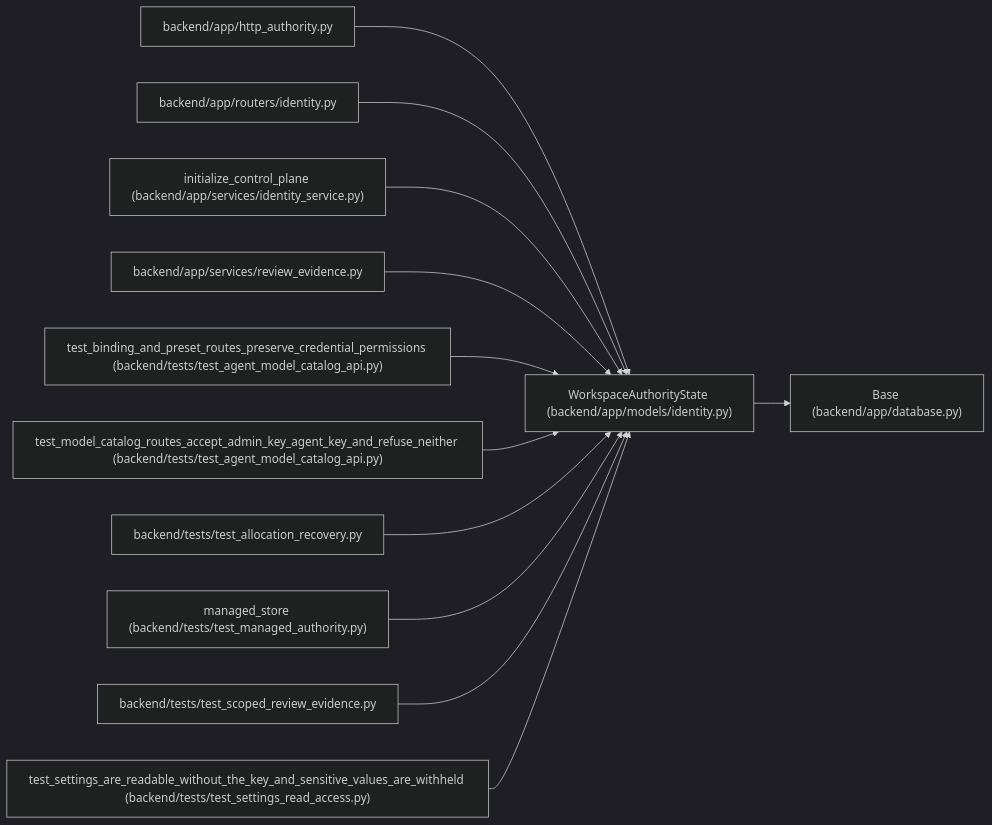
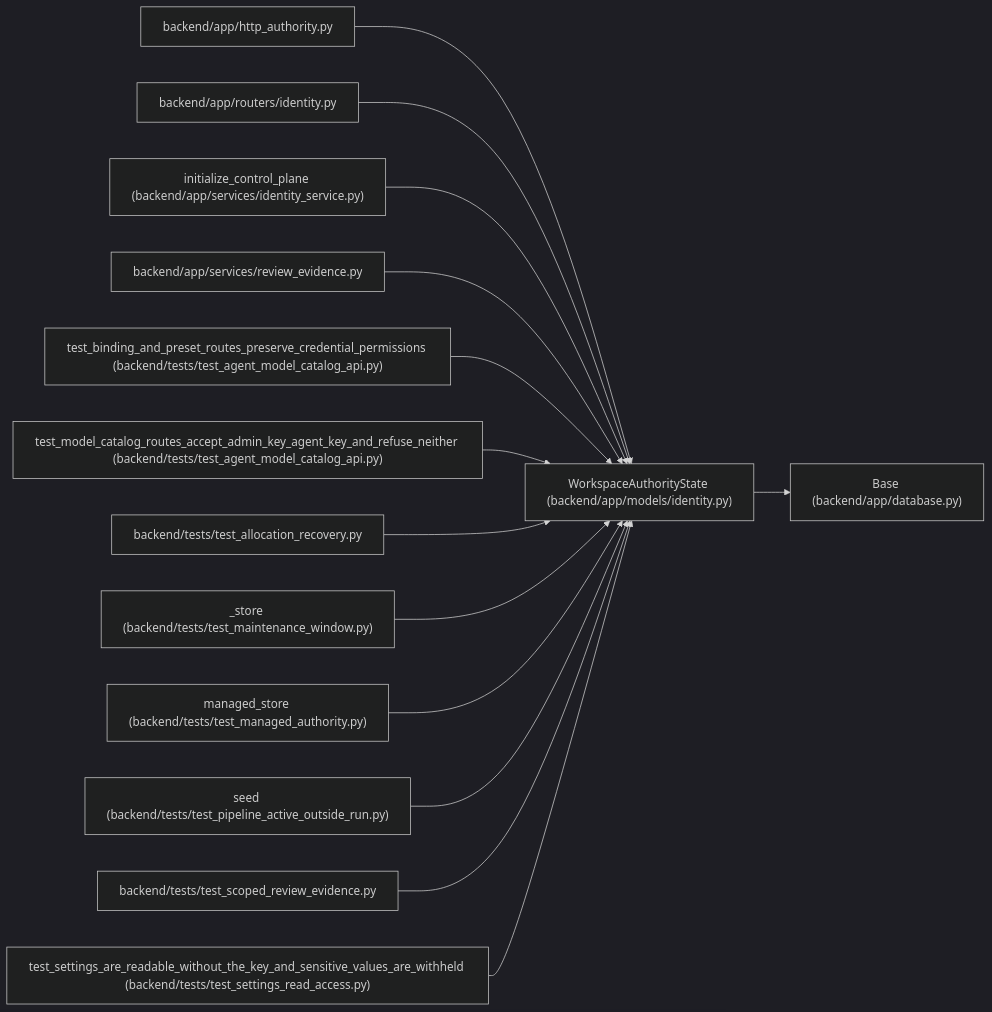
One commit to Denissvgn/WorkChord changed the diagram in docs/llm_wiki/entities/WorkspaceAuthorityState.md. Above: the diagram before and after it, drawn with Mermaid (dark theme). The commit also changed other lines of this file and 1817 other files, not shown here.

First line of the commit message:
Refresh the architectural wiki for the 1.9.0 changes

````diff
--- a/docs/llm_wiki/entities/WorkspaceAuthorityState.md
+++ b/docs/llm_wiki/entities/WorkspaceAuthorityState.md
@@ -27,38 +27,44 @@
 ```mermaid
 flowchart LR
     n0["WorkspaceAuthorityState (backend/app/models/identity.py)"]
     n1["Base (backend/app/database.py)"]
     n2["backend/app/http_authority.py"]
     n3["backend/app/routers/identity.py"]
     n4["initialize_control_plane (backend/app/services/identity_service.py)"]
     n5["backend/app/services/review_evidence.py"]
     n6["test_binding_and_preset_routes_preserve_credential_permissions (backend/tests/test_agent_model_catalog_api.py)"]
     n7["test_model_catalog_routes_accept_admin_key_agent_key_and_refuse_neither (backend/tests/test_agent_model_catalog_api.py)"]
     n8["backend/tests/test_allocation_recovery.py"]
-    n9["managed_store (backend/tests/test_managed_authority.py)"]
-    n10["backend/tests/test_scoped_review_evidence.py"]
-    n11["test_settings_are_readable_without_the_key_and_sensitive_values_are_withheld (backend/tests/test_settings_read_access.py)"]
+    n9["_store (backend/tests/test_maintenance_window.py)"]
+    n10["managed_store (backend/tests/test_managed_authority.py)"]
+    n11["seed (backend/tests/test_pipeline_active_outside_run.py)"]
+    n12["backend/tests/test_scoped_review_evidence.py"]
+    n13["test_settings_are_readable_without_the_key_and_sensitive_values_are_withheld (backend/tests/test_settings_read_access.py)"]
     n0 --> n1
     n2 --> n0
     n3 --> n0
     n4 --> n0
     n5 --> n0
     n6 --> n0
     n7 --> n0
     n8 --> n0
     n9 --> n0
     n10 --> n0
     n11 --> n0
+    n12 --> n0
+    n13 --> n0
     click n0 "../modules/models_identity.md"
     click n1 "../modules/app_database.md"
     click n2 "../modules/http_authority.md"
     click n3 "../modules/routers_identity.md"
     click n4 "../modules/identity_service.md"
     click n5 "../modules/services_review_evidence.md"
     click n6 "../modules/test_agent_model_catalog_api.md"
     click n7 "../modules/test_agent_model_catalog_api.md"
     click n8 "../modules/test_allocation_recovery.md"
-    click n9 "../modules/test_managed_authority.md"
-    click n10 "../modules/test_scoped_review_evidence.md"
-    click n11 "../modules/test_settings_read_access.md"
+    click n9 "../modules/test_maintenance_window.md"
+    click n10 "../modules/test_managed_authority.md"
+    click n11 "../modules/test_pipeline_active_outside_run.md"
+    click n12 "../modules/test_scoped_review_evidence.md"
+    click n13 "../modules/test_settings_read_access.md"
 ```
````
